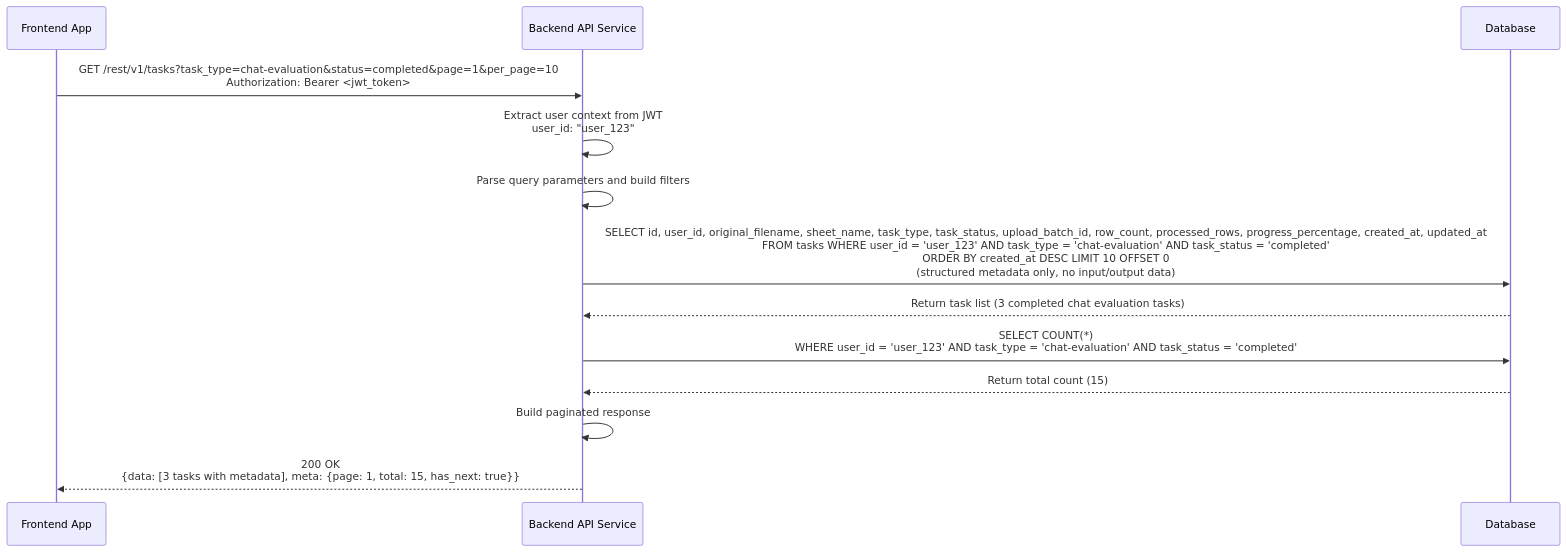
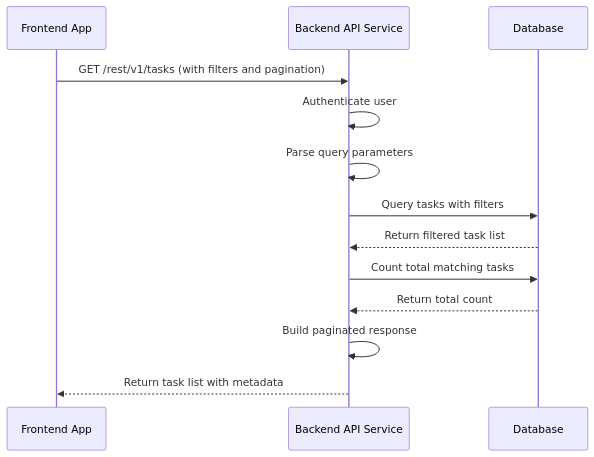
One commit to andrewhzy/SpringHttpClientDataJpaDemo changed the fourth of 9 diagrams in docs/sequence-diagrams-api-handling.md. Above: the diagram before and after it, drawn with Mermaid. The commit also changed other lines of this file and 2 other files, not shown here.

Commit message:
Update API specification to reflect new maximum rows per sheet limit and enhance README with backend Java classes flow, clarifying component responsibilities for Excel file uploads and task management.

````diff
--- a/docs/sequence-diagrams-api-handling.md
+++ b/docs/sequence-diagrams-api-handling.md
@@ -111,19 +92,19 @@
 ```mermaid
 sequenceDiagram
     participant FE as Frontend App
     participant API as Backend API Service
     participant DB as Database
     
-    FE->>API: GET /rest/v1/tasks?task_type=chat-evaluation&status=completed&page=1&per_page=10<br/>Authorization: Bearer <jwt_token>
-    API->>API: Extract user context from JWT<br/>user_id: "user_123"
-    API->>API: Parse query parameters and build filters
+    FE->>API: GET /rest/v1/tasks (with filters and pagination)
+    API->>API: Authenticate user
+    API->>API: Parse query parameters
     
-    API->>DB: SELECT id, user_id, original_filename, sheet_name, task_type, task_status, upload_batch_id, row_count, processed_rows, progress_percentage, created_at, updated_at<br/>FROM tasks WHERE user_id = 'user_123' AND task_type = 'chat-evaluation' AND task_status = 'completed'<br/>ORDER BY created_at DESC LIMIT 10 OFFSET 0<br/>(structured metadata only, no input/output data)
-    DB-->>API: Return task list (3 completed chat evaluation tasks)
+    API->>DB: Query tasks with filters
+    DB-->>API: Return filtered task list
     
-    API->>DB: SELECT COUNT(*)<br/>WHERE user_id = 'user_123' AND task_type = 'chat-evaluation' AND task_status = 'completed'
-    DB-->>API: Return total count (15)
+    API->>DB: Count total matching tasks
+    DB-->>API: Return total count
     
     API->>API: Build paginated response
-    API-->>FE: 200 OK<br/>{data: [3 tasks with metadata], meta: {page: 1, total: 15, has_next: true}}
+    API-->>FE: Return task list with metadata
 ```
````
